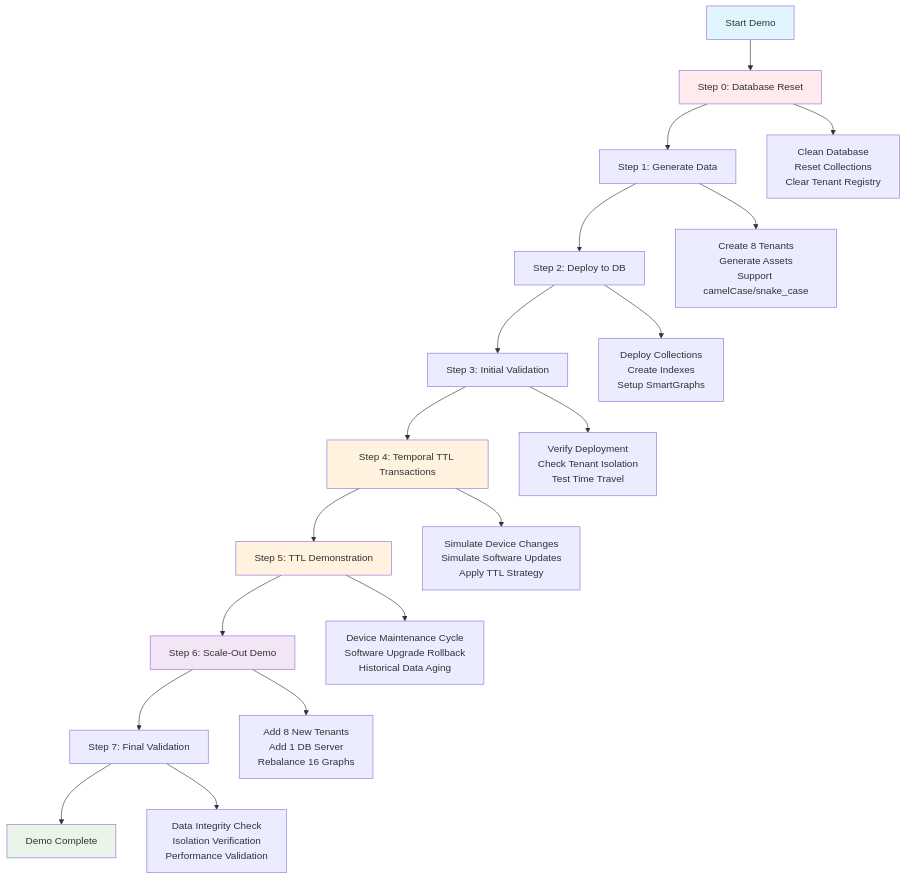
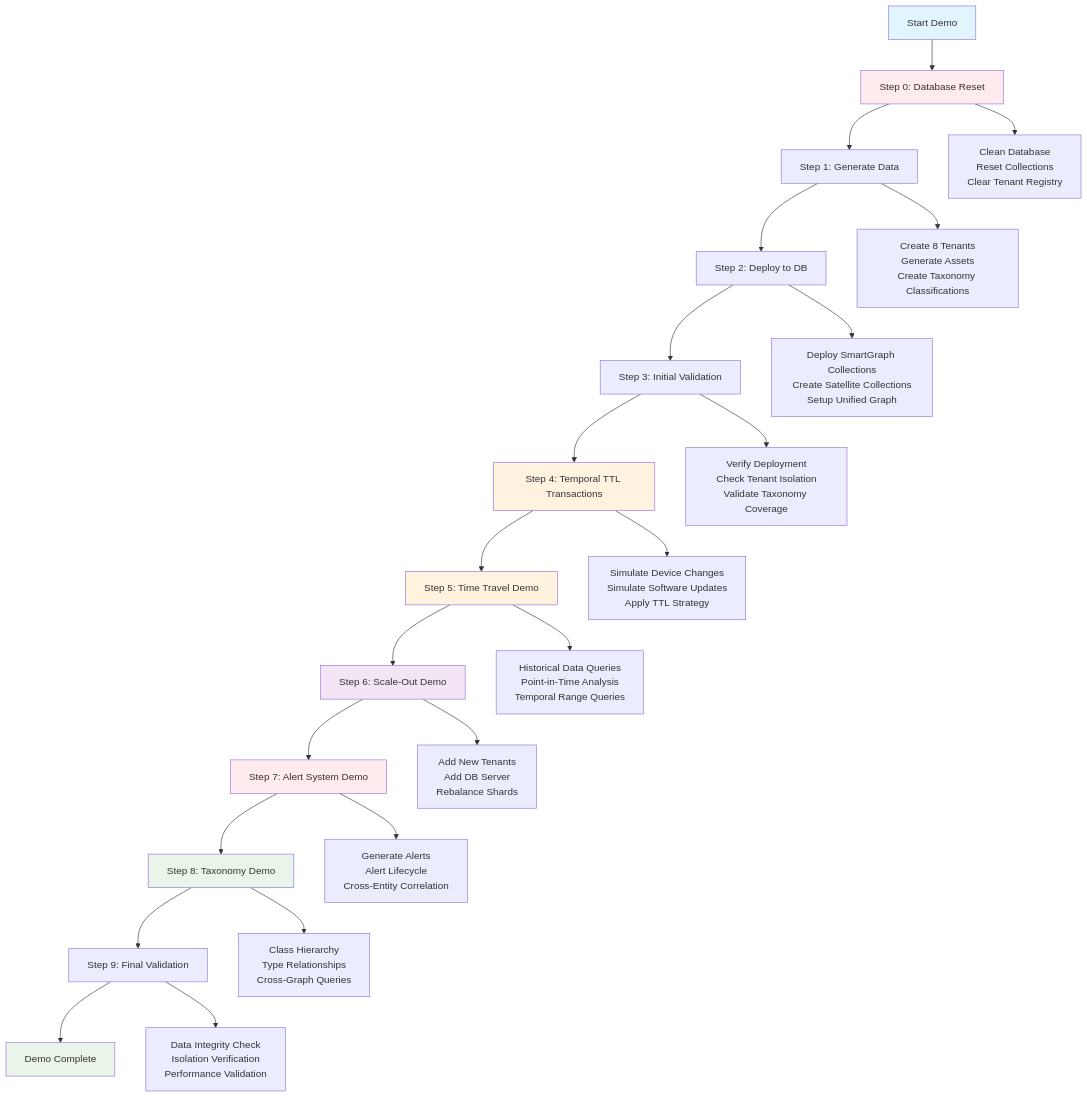
One commit to ArthurKeen/scalable-multi-tenant-temporal-graph-reference-implementation changed the second of 2 diagrams in README.md. Above: the diagram before and after it, drawn with Mermaid. The commit also changed other lines of this file and 18 other files, not shown here.

````diff
--- a/README.md
+++ b/README.md
@@ -719,28 +603,34 @@
 ```mermaid
 graph TD
     A[Start Demo] --> A0[Step 0: Database Reset]
     A0 --> B[Step 1: Generate Data]
     B --> C[Step 2: Deploy to DB]
     C --> D[Step 3: Initial Validation]
     D --> E[Step 4: Temporal TTL Transactions]
-    E --> F[Step 5: TTL Demonstration]
+    E --> F[Step 5: Time Travel Demo]
     F --> G[Step 6: Scale-Out Demo]
-    G --> H[Step 7: Final Validation]
-    H --> I[Demo Complete]
+    G --> H[Step 7: Alert System Demo]
+    H --> I[Step 8: Taxonomy Demo]
+    I --> J[Step 9: Final Validation]
+    J --> K[Demo Complete]
     
     A0 --> A01[Clean Database<br/>Reset Collections<br/>Clear Tenant Registry]
-    B --> B1[Create 8 Tenants<br/>Generate Assets<br/>Support camelCase/snake_case]
-    C --> C1[Deploy Collections<br/>Create Indexes<br/>Setup SmartGraphs]
-    D --> D1[Verify Deployment<br/>Check Tenant Isolation<br/>Test Time Travel]
+    B --> B1[Create 8 Tenants<br/>Generate Assets<br/>Create Taxonomy Classifications]
+    C --> C1[Deploy SmartGraph Collections<br/>Create Satellite Collections<br/>Setup Unified Graph]
+    D --> D1[Verify Deployment<br/>Check Tenant Isolation<br/>Validate Taxonomy Coverage]
     E --> E1[Simulate Device Changes<br/>Simulate Software Updates<br/>Apply TTL Strategy]
-    F --> F1[Device Maintenance Cycle<br/>Software Upgrade Rollback<br/>Historical Data Aging]
-    G --> G1[Add 8 New Tenants<br/>Add 1 DB Server<br/>Rebalance 16 Graphs]
-    H --> H1[Data Integrity Check<br/>Isolation Verification<br/>Performance Validation]
+    F --> F1[Historical Data Queries<br/>Point-in-Time Analysis<br/>Temporal Range Queries]
+    G --> G1[Add New Tenants<br/>Add DB Server<br/>Rebalance Shards]
+    H --> H1[Generate Alerts<br/>Alert Lifecycle<br/>Cross-Entity Correlation]
+    I --> I1[Class Hierarchy<br/>Type Relationships<br/>Cross-Graph Queries]
+    J --> J1[Data Integrity Check<br/>Isolation Verification<br/>Performance Validation]
     
     style A fill:#e1f5fe
     style A0 fill:#ffebee
-    style I fill:#e8f5e8
+    style K fill:#e8f5e8
     style E fill:#fff3e0
     style F fill:#fff3e0
     style G fill:#f3e5f5
+    style H fill:#ffebee
+    style I fill:#e8f5e8
 ```
````
